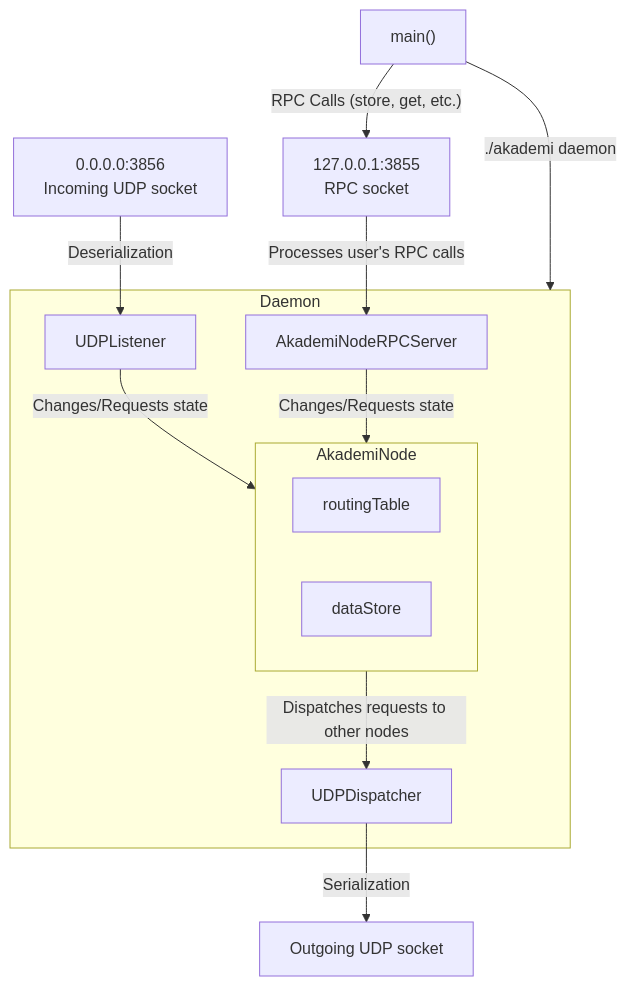
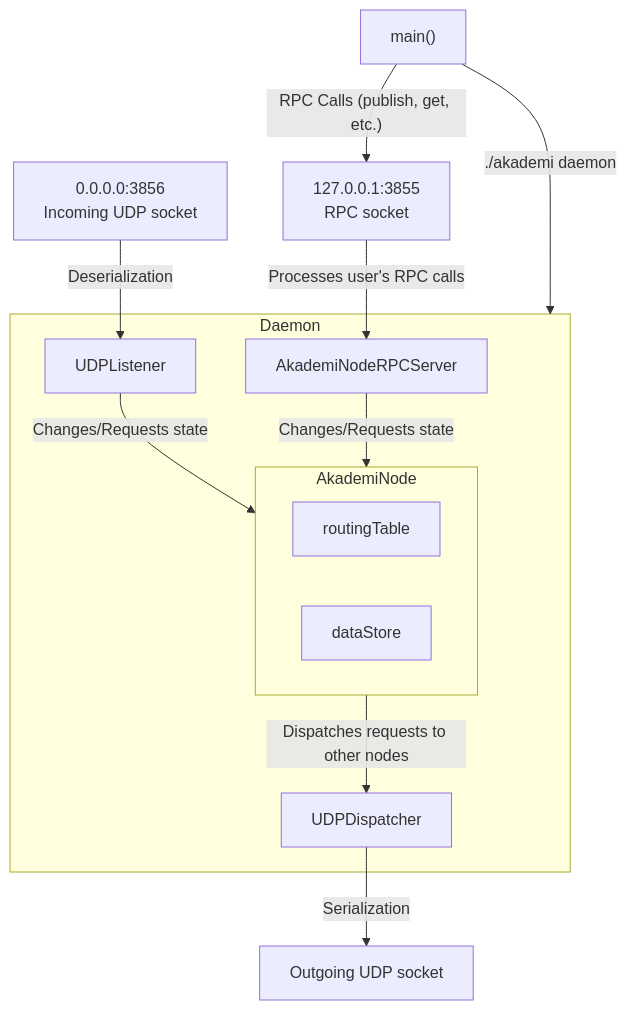
Before and after one commit to gsergey418/akademi: the diagram in README.md, drawn with Mermaid. The commit also changed other lines of this file and 5 other files, not shown here.

Commit message:
store -> publish

````diff
--- a/README.md
+++ b/README.md
@@ -72,19 +72,19 @@
 ```mermaid
 graph TD;
     subgraph Daemon;
     UDPListener--Changes/Requests state-->AkademiNode;
     AkademiNodeRPCServer--Changes/Requests state-->AkademiNode;
     subgraph AkademiNode
     routingTable
     dataStore
     end
     AkademiNode--Dispatches requests to other nodes-->UDPDispatcher;
     end
     UDPDispatcher--Serialization-->OutgoingSocket["Outgoing UDP socket"]
     IncomingSocket["0.0.0.0:3856
     Incoming UDP socket"]--Deserialization-->UDPListener
     main["main()"]--./akademi daemon-->Daemon
-    main--RPC Calls (store, get, etc.)-->RPCSocket["127.0.0.1:3855
+    main--RPC Calls (publish, get, etc.)-->RPCSocket["127.0.0.1:3855
     RPC socket"]
     RPCSocket--Processes user's RPC calls-->AkademiNodeRPCServer
 ```
````
